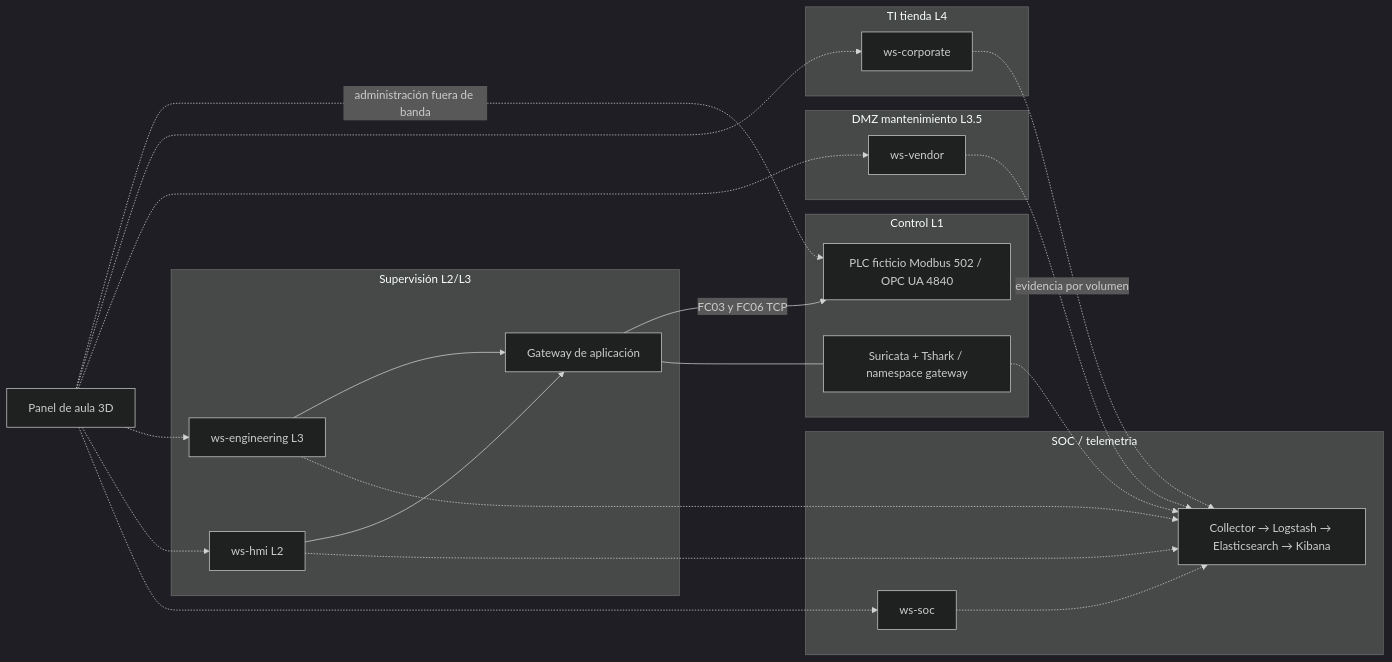
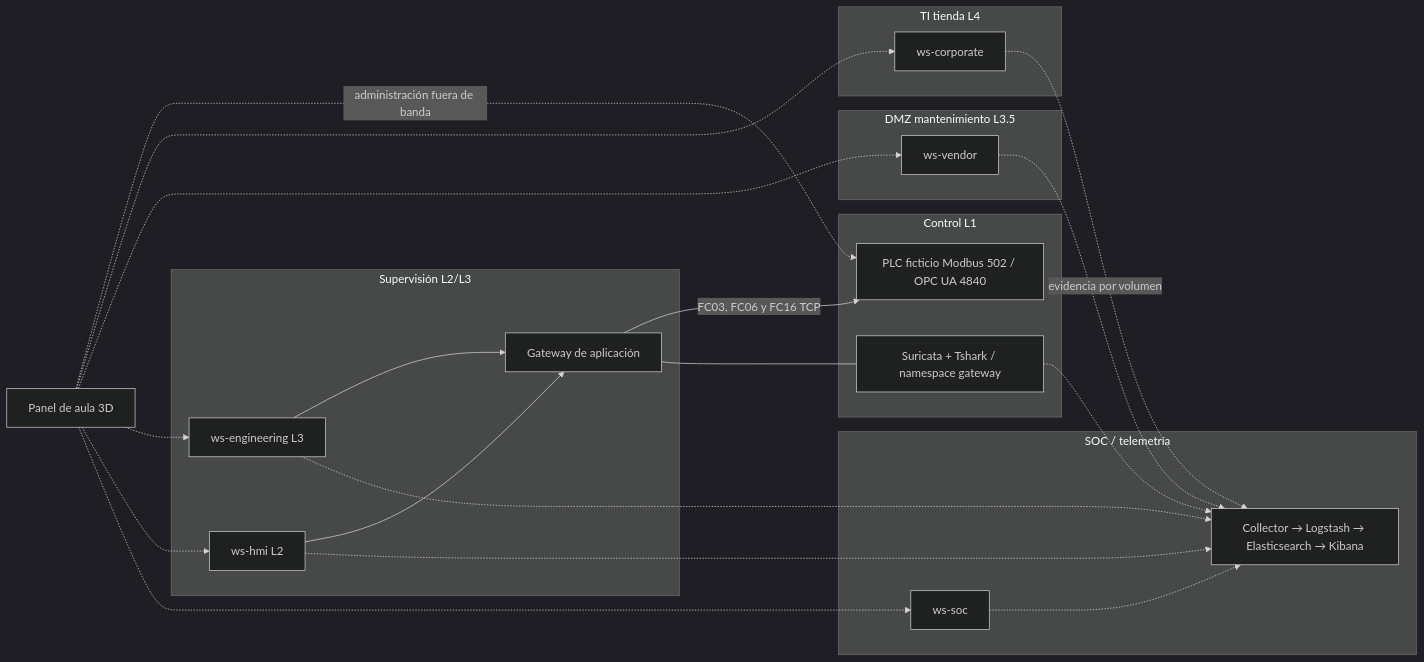
Before and after one commit to adrianfuentealba/retail-ot-hardening: the diagram in docs/arquitectura.md, drawn with Mermaid (dark theme). The commit also changed other lines of this file and 48 other files, not shown here.

````diff
--- a/docs/arquitectura.md
+++ b/docs/arquitectura.md
@@ -3,38 +3,38 @@
 ```mermaid
 flowchart LR
  subgraph TI[TI tienda L4]
  C[ws-corporate]
  end
  subgraph DMZ[DMZ mantenimiento L3.5]
  V[ws-vendor]
  end
  subgraph SUP[Supervisión L2/L3]
  E[ws-engineering L3]
  H[ws-hmi L2]
  G[Gateway de aplicación]
  end
  subgraph CTRL[Control L1]
  P[PLC ficticio Modbus 502 / OPC UA 4840]
  S[Suricata + Tshark / namespace gateway]
  end
  subgraph SOC[SOC / telemetría]
  O[ws-soc]
  L[Collector → Logstash → Elasticsearch → Kibana]
  end
  E --> G
  H --> G
- G -->|FC03 y FC06 TCP| P
+ G -->|FC03, FC06 y FC16 TCP| P
  G --- S
  A[Panel de aula 3D] -. administración fuera de banda .-> P
  A -.-> C
  A -.-> V
  A -.-> E
  A -.-> H
  A -.-> O
  C -. evidencia por volumen .-> L
  V -.-> L
  E -.-> L
  H -.-> L
  O -.-> L
  S -.-> L
 ```
````
